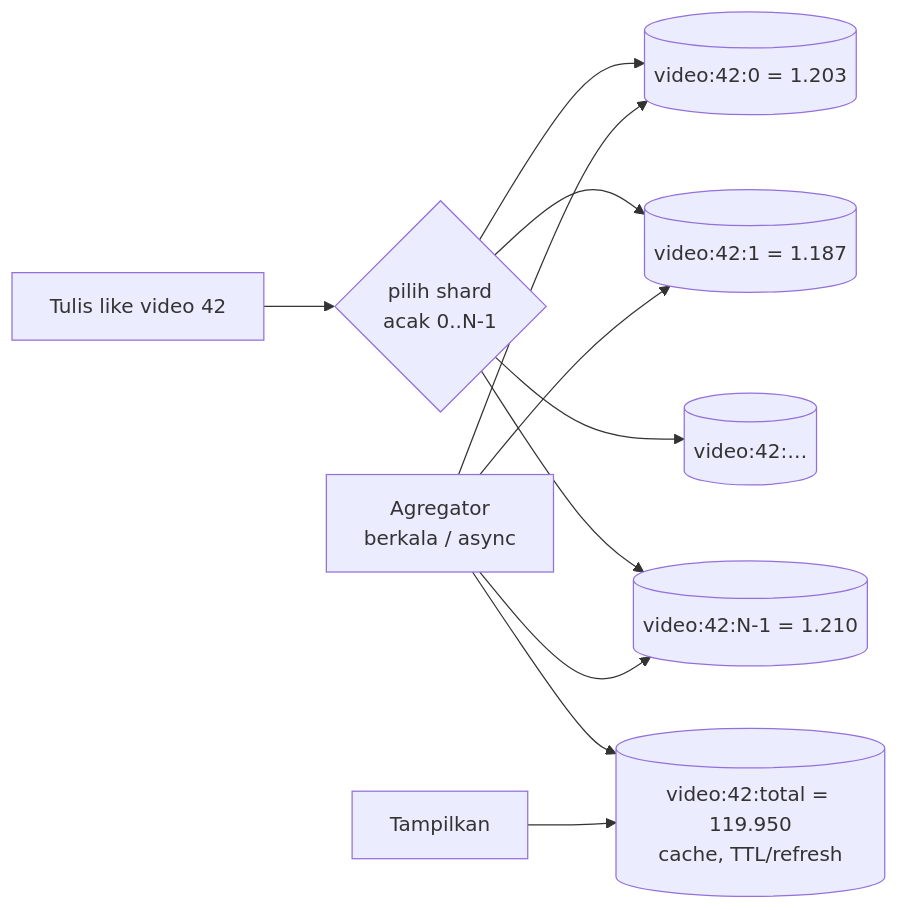
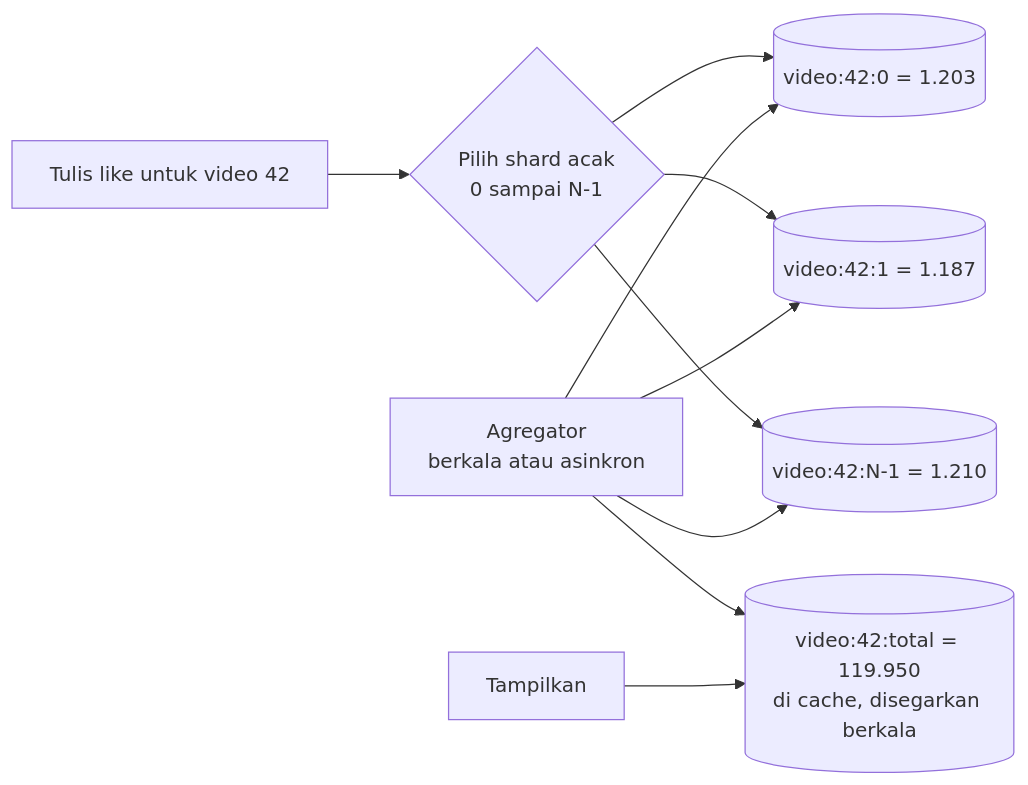
One commit to andreanpradanaa/sysdesign-lab changed the diagram in src/content/lessons/bagian-2/sharded-counter.mdx. Above: the diagram before and after it, drawn with Mermaid. The commit also changed other lines of this file and 18 other files, not shown here.

````diff
--- a/src/content/lessons/bagian-2/sharded-counter.mdx
+++ b/src/content/lessons/bagian-2/sharded-counter.mdx
@@ -93,13 +93,12 @@
 ```mermaid
 flowchart LR
-  W[Tulis like video 42] --> R{pilih shard\nacak 0..N-1}
-  R --> S0[(video:42:0 = 1.203)]
-  R --> S1[(video:42:1 = 1.187)]
-  R --> S2[(video:42:… )]
-  R --> SN[(video:42:N-1 = 1.210)]
-  AGG[Agregator\nberkala / async] --> S0
+  W["Tulis like untuk video 42"] --> R{"Pilih shard acak\n0 sampai N-1"}
+  R --> S0[("video:42:0 = 1.203")]
+  R --> S1[("video:42:1 = 1.187")]
+  R --> SN[("video:42:N-1 = 1.210")]
+  AGG["Agregator\nberkala atau asinkron"] --> S0
   AGG --> S1
   AGG --> SN
-  AGG --> T[(video:42:total = 119.950\ncache, TTL/refresh)]
+  AGG --> T[("video:42:total = 119.950\ndi cache, disegarkan berkala")]
   V[Tampilkan] --> T
 ```
````
